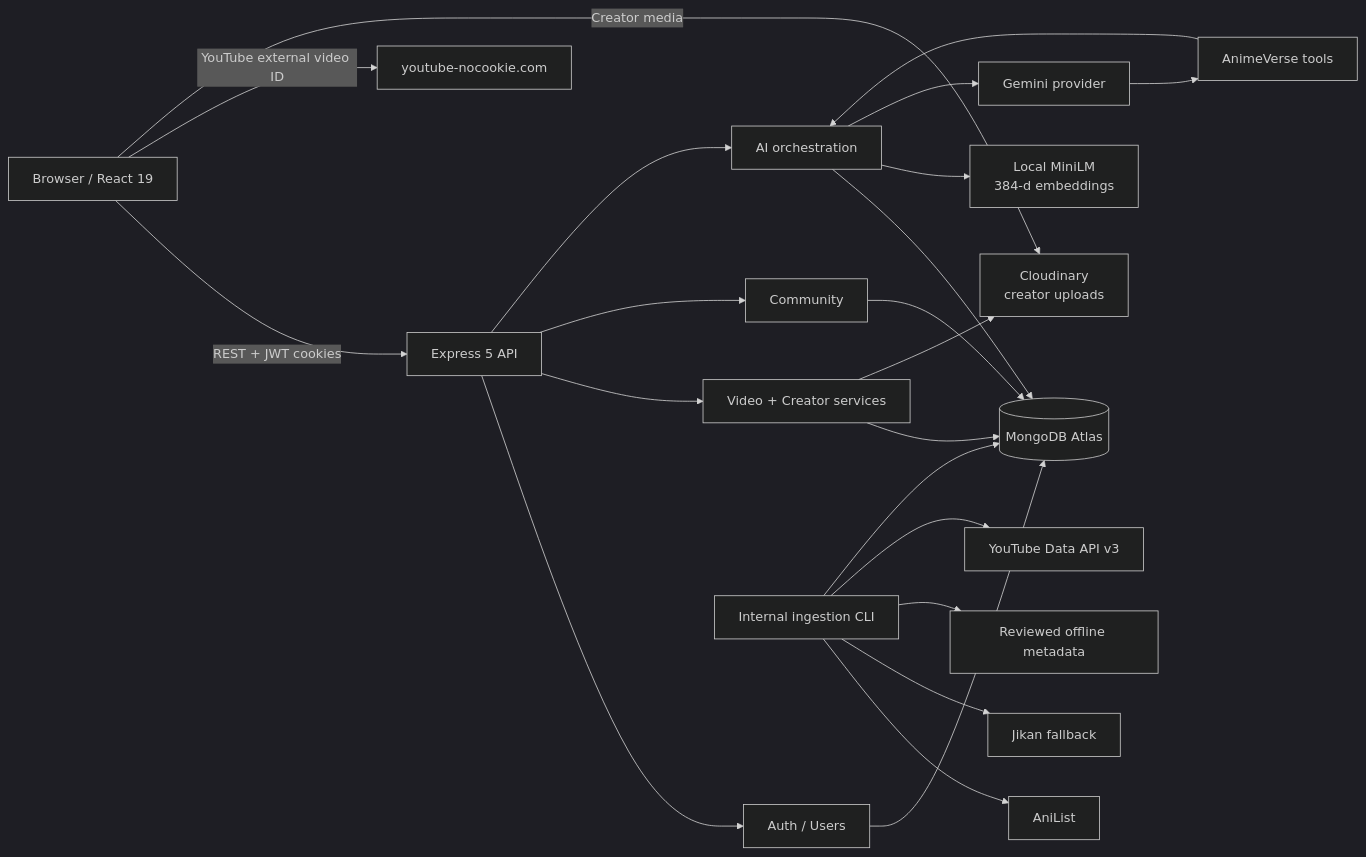
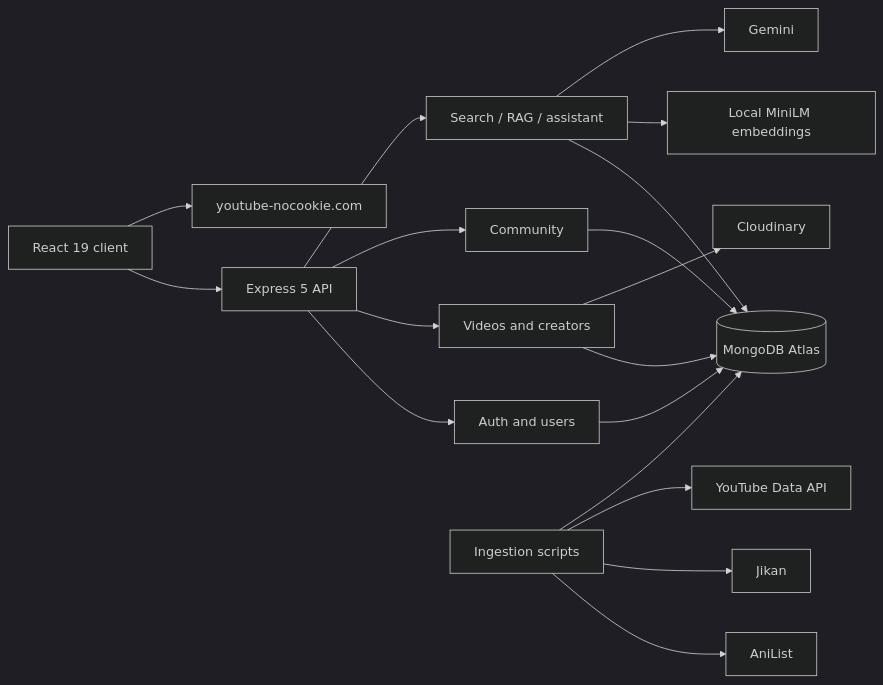
Before and after one commit to sreelekhanampally/animeverse-ai: the diagram in README.md, drawn with Mermaid (dark theme). The commit also changed other lines of this file, not shown here.

Commit message:
docs: update README with current AnimeVerse RAG flow

````diff
--- a/README.md
+++ b/README.md
@@ -66,30 +202,26 @@
 ```mermaid
 flowchart LR
-    U[Browser / React 19] -->|REST + JWT cookies| API[Express 5 API]
+    U[React 19 client] --> API[Express 5 API]
 
-    API --> AUTH[Auth / Users]
-    API --> VIDEO[Video + Creator services]
+    API --> AUTH[Auth and users]
+    API --> VIDEO[Videos and creators]
     API --> COMM[Community]
-    API --> AI[AI orchestration]
+    API --> AI[Search / RAG / assistant]
 
     AUTH --> DB[(MongoDB Atlas)]
     VIDEO --> DB
     COMM --> DB
     AI --> DB
 
-    VIDEO --> CLOUD[Cloudinary\ncreator uploads]
+    VIDEO --> CLOUD[Cloudinary]
 
-    INGEST[Internal ingestion CLI] --> ANILIST[AniList]
-    INGEST --> JIKAN[Jikan fallback]
-    INGEST --> CURATED[Reviewed offline metadata]
-    INGEST --> YTAPI[YouTube Data API v3]
+    INGEST[Ingestion scripts] --> ANILIST[AniList]
+    INGEST --> JIKAN[Jikan]
+    INGEST --> YT[YouTube Data API]
     INGEST --> DB
 
-    AI --> EMB[Local MiniLM\n384-d embeddings]
-    AI --> GEMINI[Gemini provider]
-    GEMINI --> TOOLS[AnimeVerse tools]
-    TOOLS --> AI
+    AI --> EMB[Local MiniLM embeddings]
+    AI --> GEMINI[Gemini]
 
-    U -->|YouTube external video ID| YTEMBED[youtube-nocookie.com]
-    U -->|Creator media| CLOUD
+    U --> YTEMBED[youtube-nocookie.com]
 ```
````
